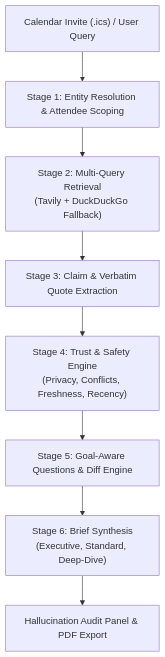
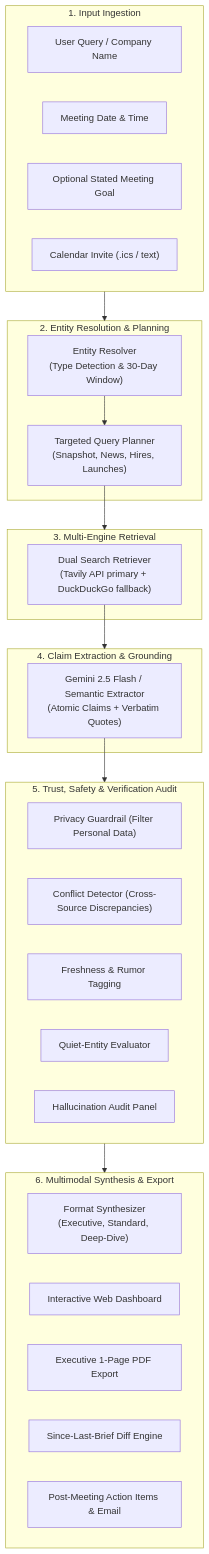
The diagram in README.md (KushagraMishra04/Pre-Meeting-Briefing-Agent), drawn with Mermaid before and after one commit. The commit also changed other lines of this file, not shown here.

Commit message:
Create comprehensive executive README with architecture diagram, badges, and guide

````diff
--- a/README.md
+++ b/README.md
@@ -70,10 +93,45 @@
 ```mermaid
 flowchart TD
-    A["Calendar Invite (.ics) / User Query"] --> B["Stage 1: Entity Resolution & Attendee Scoping"]
-    B --> C["Stage 2: Multi-Query Retrieval\n(Tavily + DuckDuckGo Fallback)"]
-    C --> D["Stage 3: Claim & Verbatim Quote Extraction"]
-    D --> E["Stage 4: Trust & Safety Engine\n(Privacy, Conflicts, Freshness, Recency)"]
-    E --> F["Stage 5: Goal-Aware Questions & Diff Engine"]
-    F --> G["Stage 6: Brief Synthesis\n(Executive, Standard, Deep-Dive)"]
-    G --> H["Hallucination Audit Panel & PDF Export"]
+    subgraph Inputs ["1. Input Ingestion"]
+        A["User Query / Company Name"]
+        B["Meeting Date & Time"]
+        C["Optional Stated Meeting Goal"]
+        D["Calendar Invite (.ics / text)"]
+    end
+
+    subgraph Resolution ["2. Entity Resolution & Planning"]
+        E["Entity Resolver\n(Type Detection & 30-Day Window)"]
+        F["Targeted Query Planner\n(Snapshot, News, Hires, Launches)"]
+    end
+
+    subgraph Retrieval ["3. Multi-Engine Retrieval"]
+        G["Dual Search Retriever\n(Tavily API primary + DuckDuckGo fallback)"]
+    end
+
+    subgraph Extraction ["4. Claim Extraction & Grounding"]
+        H["Gemini 2.5 Flash / Semantic Extractor\n(Atomic Claims + Verbatim Quotes)"]
+    end
+
+    subgraph TrustSafety ["5. Trust, Safety & Verification Audit"]
+        I["Privacy Guardrail (Filter Personal Data)"]
+        J["Conflict Detector (Cross-Source Discrepancies)"]
+        K["Freshness & Rumor Tagging"]
+        L["Quiet-Entity Evaluator"]
+        M["Hallucination Audit Panel"]
+    end
+
+    subgraph Outputs ["6. Multimodal Synthesis & Export"]
+        N["Format Synthesizer\n(Executive, Standard, Deep-Dive)"]
+        O["Interactive Web Dashboard"]
+        P["Executive 1-Page PDF Export"]
+        Q["Since-Last-Brief Diff Engine"]
+        R["Post-Meeting Action Items & Email"]
+    end
+
+    Inputs --> Resolution
+    E --> F
+    F --> Retrieval
+    G --> Extraction
+    H --> TrustSafety
+    TrustSafety --> Outputs
 ```
````
